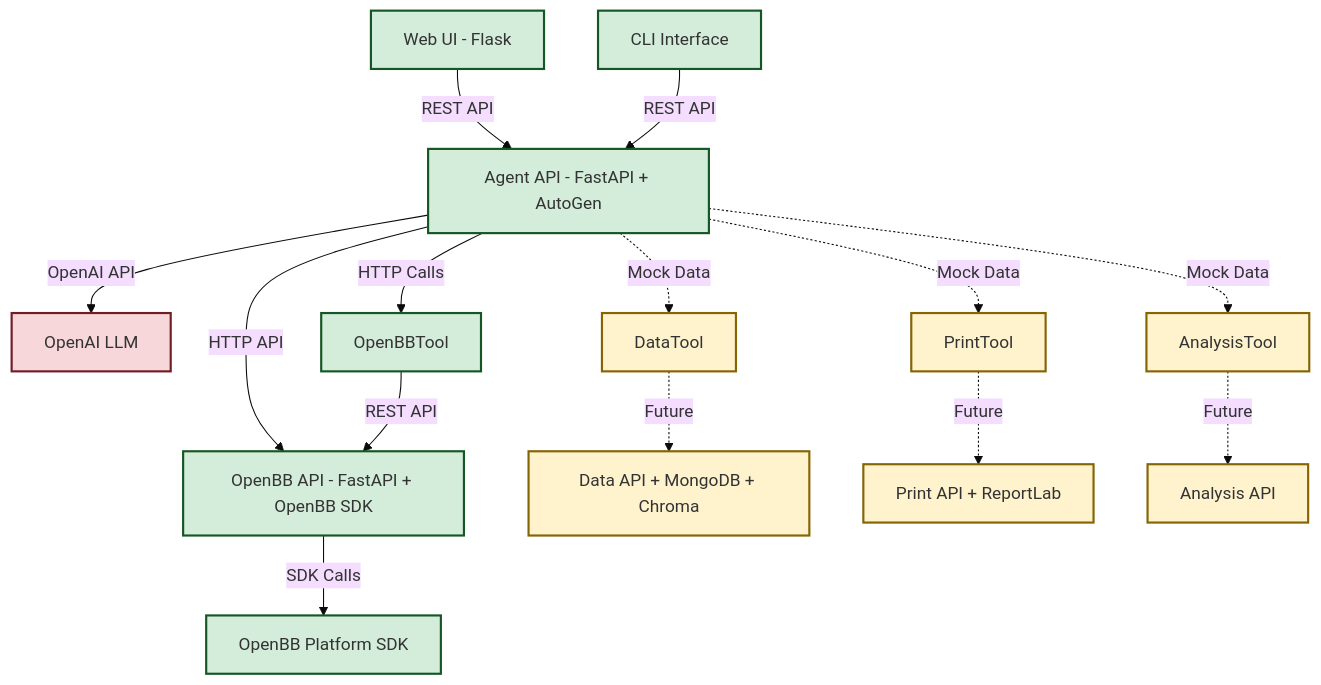
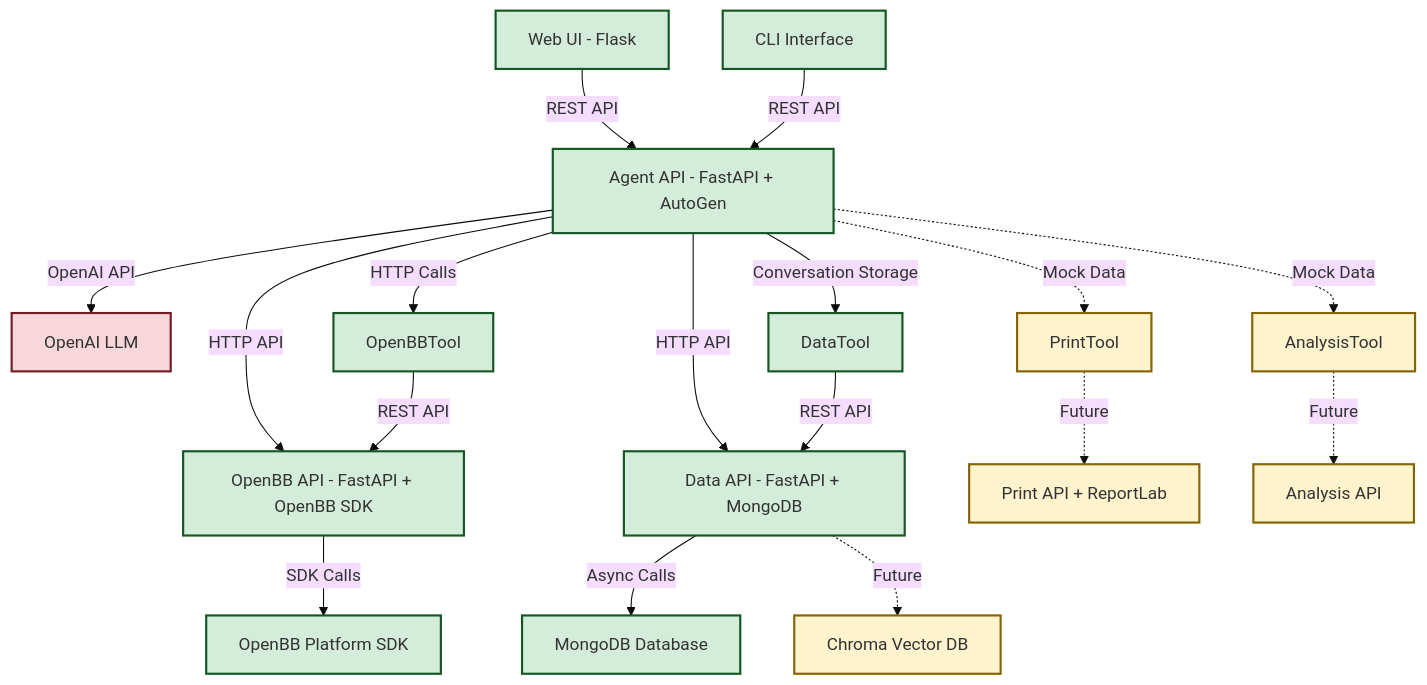
The diagram in docs/architecture.md (axler8r/InvestRCompose), drawn with Mermaid (base theme) before and after one commit. The commit also changed other lines of this file, not shown here.

First line of the commit message:
doc: update architecture document

````diff
--- a/docs/architecture.md
+++ b/docs/architecture.md
@@ -118,38 +126,42 @@
 ```mermaid
 flowchart TD
     A[Web UI - Flask]
     B[Agent API - FastAPI + AutoGen]
     C[CLI Interface]
     O[OpenBB API - FastAPI + OpenBB SDK]
+    D[Data API - FastAPI + MongoDB]
 
     %% Current Implementation (Solid lines)
     A -->|REST API| B
     C -->|REST API| B
     B -->|OpenAI API| G[OpenAI LLM]
     B -->|HTTP API| O
+    B -->|HTTP API| D
 
     %% Agent Tools (Mixed implementation)
-    B -.->|Mock Data| T1[DataTool]
+    B -->|Conversation Storage| T1[DataTool]
     B -->|HTTP Calls| T2[OpenBBTool]
     B -.->|Mock Data| T3[PrintTool]
     B -.->|Mock Data| T4[AnalysisTool]
 
-    %% OpenBB Service Integration (Solid lines)
+    %% Service Integration (Solid lines)
+    T1 -->|REST API| D
     T2 -->|REST API| O
     O -->|SDK Calls| OBB[OpenBB Platform SDK]
+    D -->|Async Calls| MongoDB[MongoDB Database]
 
     %% Future Services (Dotted lines)
-    T1 -.->|Future| D[Data API + MongoDB + Chroma]
+    D -.->|Future| Chroma[Chroma Vector DB]
     T3 -.->|Future| P[Print API + ReportLab]
     T4 -.->|Future| An[Analysis API]
 
     %% Styling
     classDef implemented fill:#d4edda,stroke:#155724,stroke-width:2px
     classDef planned fill:#fff3cd,stroke:#856404,stroke-width:2px
     classDef external fill:#f8d7da,stroke:#721c24,stroke-width:2px
 
-    class A,B,C,O,T2,OBB implemented
-    class T1,T3,T4 planned
-    class D,P,An planned
+    class A,B,C,O,T1,T2,D,OBB,MongoDB implemented
+    class T3,T4 planned
+    class P,An,Chroma planned
     class G external
 ```
````
